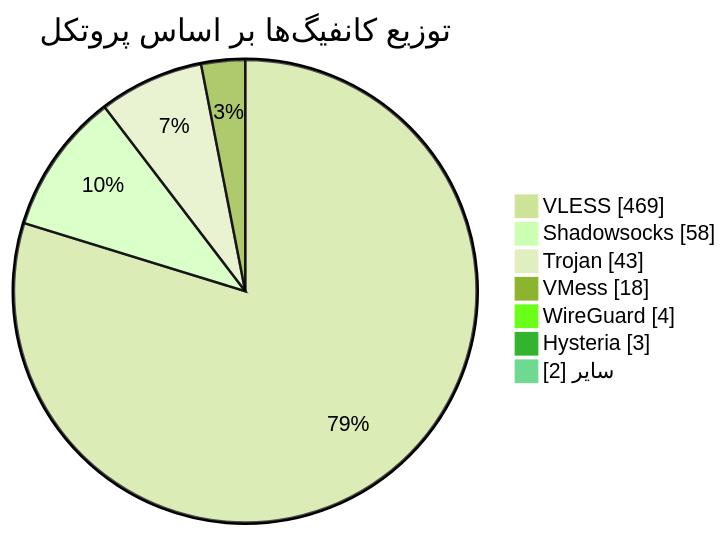
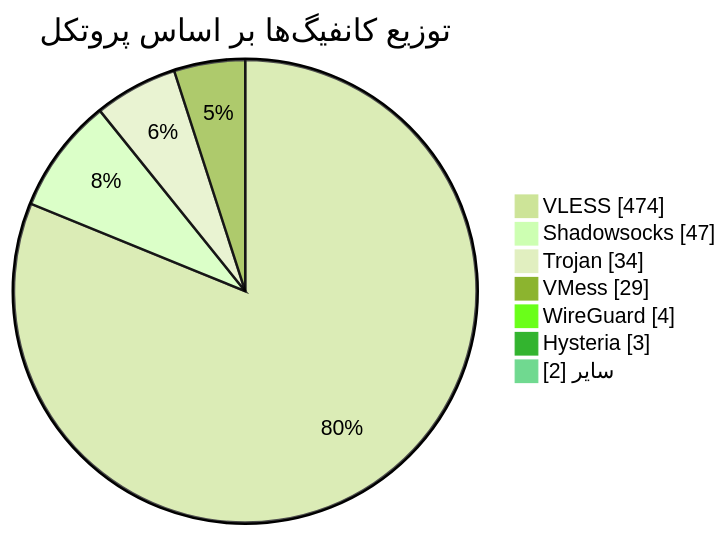
Before and after one commit to Arian-Alijani/Somthing: the diagram in README.md, drawn with Mermaid (forest theme). The commit also changed other lines of this file and 17 other files, not shown here.

````diff
--- a/README.md
+++ b/README.md
@@ -49,11 +49,11 @@
 ```mermaid
 pie showData
     title توزیع کانفیگ‌ها بر اساس پروتکل
-    "VLESS" : 469
-    "Shadowsocks" : 58
-    "Trojan" : 43
-    "VMess" : 18
+    "VLESS" : 474
+    "Shadowsocks" : 47
+    "Trojan" : 34
+    "VMess" : 29
     "WireGuard" : 4
     "Hysteria" : 3
     "سایر" : 2
 ```
````
